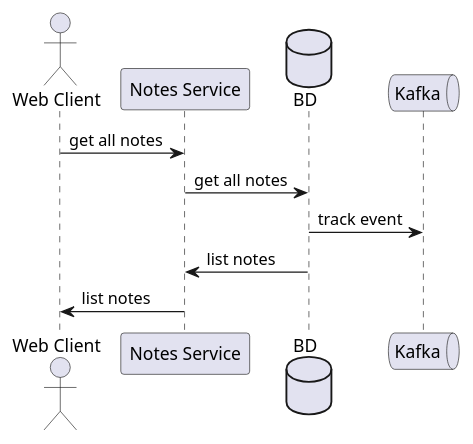
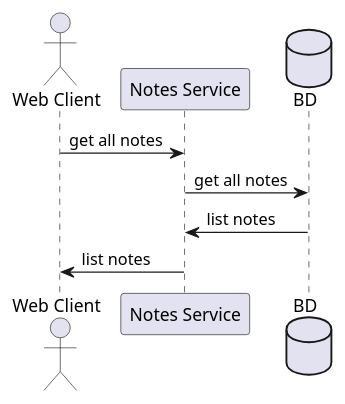
The diagram in note-service-doc/diagrams/notes-get-all-item.puml (YVorobei/Notes), drawn with PlantUML before and after one commit. The commit also changed 3 other files, not shown here.

```diff
--- a/note-service-doc/diagrams/notes-get-all-item.puml
+++ b/note-service-doc/diagrams/notes-get-all-item.puml
@@ -1,14 +1,12 @@
 @startuml
 'https://plantuml.com/sequence-diagram
 
 actor "Web Client" as CL
 participant "Notes Service" as NS
 Database  "BD"
-queue "Kafka"
 
 CL -> NS: get all notes
 NS -> BD: get all notes
-BD -> Kafka: track event
 NS <- BD: list notes
 CL <- NS: list notes
 @enduml
```
